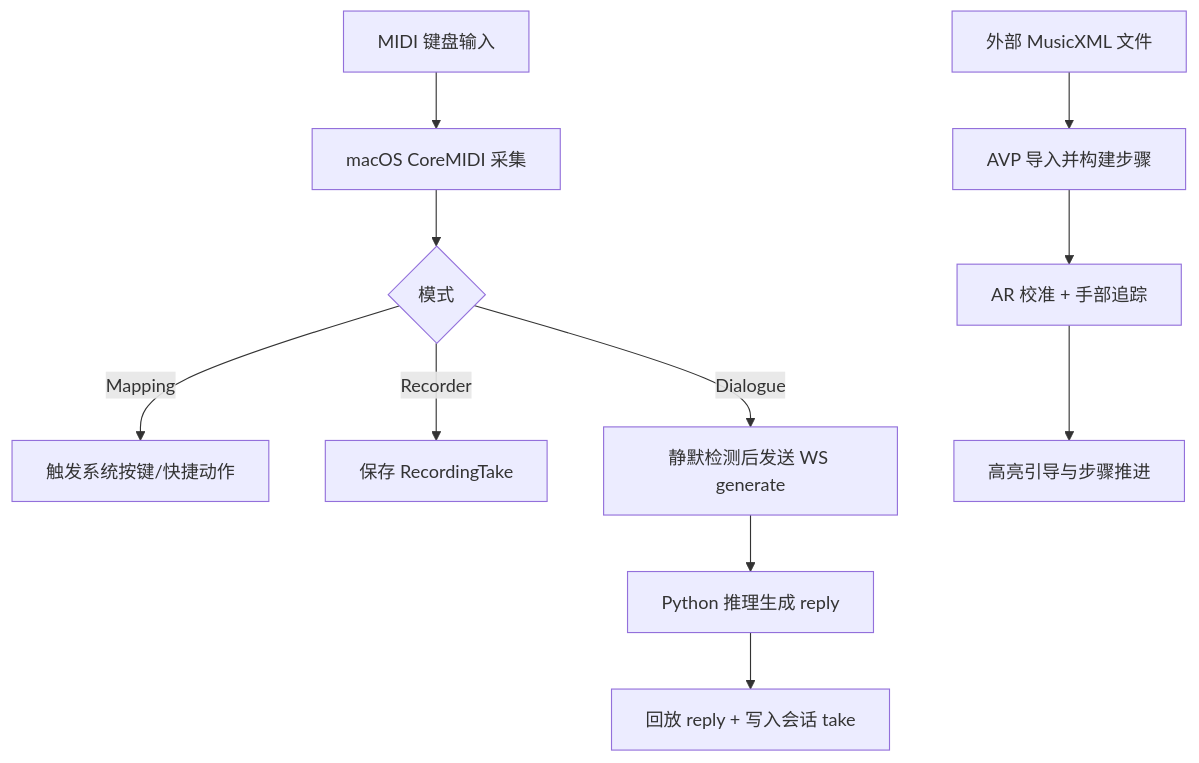
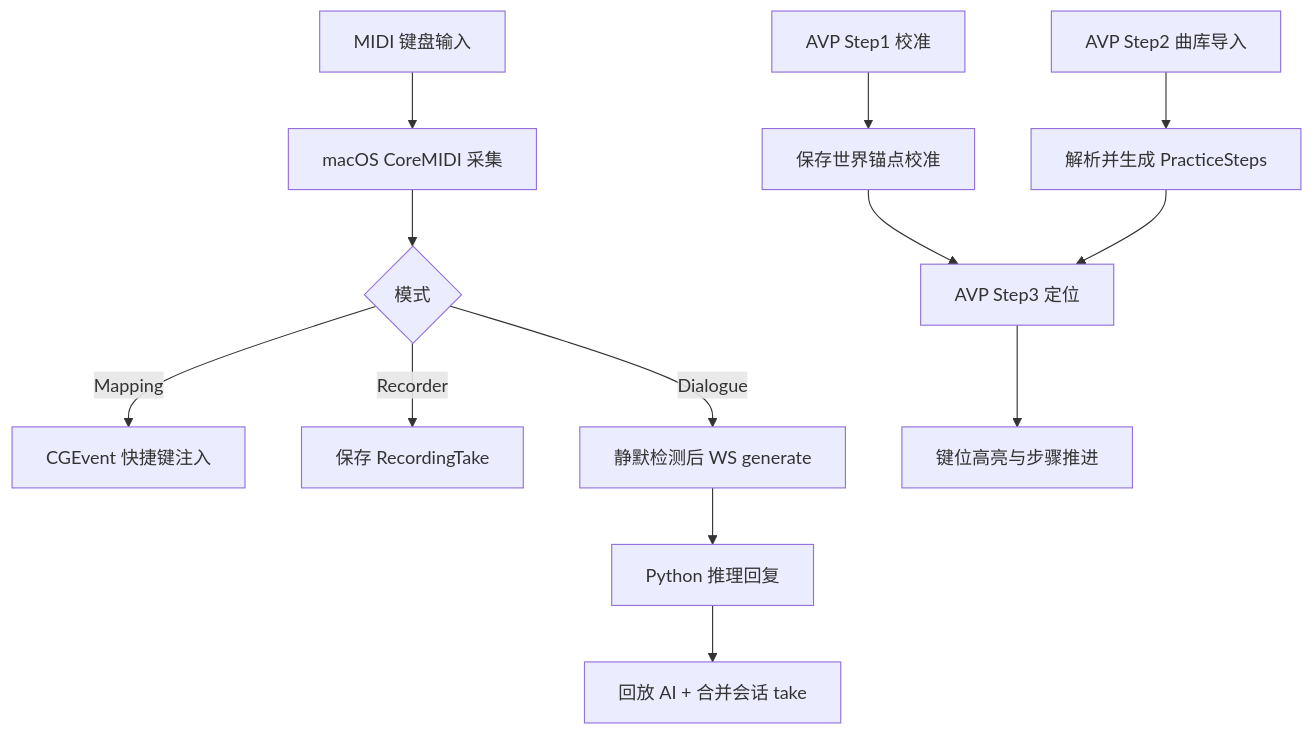
The diagram in .github/deepwiki/business-context.md (chiimagnus/HappyPianist), drawn with Mermaid before and after one commit. The commit also changed other lines of this file and 12 other files, not shown here.

````diff
--- a/.github/deepwiki/business-context.md
+++ b/.github/deepwiki/business-context.md
@@ -33,13 +39,16 @@
 ```mermaid
 flowchart TD
   A[MIDI 键盘输入] --> B[macOS CoreMIDI 采集]
   B --> C{模式}
-  C -->|Mapping| D[触发系统按键/快捷动作]
+  C -->|Mapping| D[CGEvent 快捷键注入]
   C -->|Recorder| E[保存 RecordingTake]
-  C -->|Dialogue| F[静默检测后发送 WS generate]
-  F --> G[Python 推理生成 reply]
-  G --> H[回放 reply + 写入会话 take]
-  I[外部 MusicXML 文件] --> J[AVP 导入并构建步骤]
-  J --> K[AR 校准 + 手部追踪]
-  K --> L[高亮引导与步骤推进]
+  C -->|Dialogue| F[静默检测后 WS generate]
+  F --> G[Python 推理回复]
+  G --> H[回放 AI + 合并会话 take]
+
+  I[AVP Step1 校准] --> J[保存世界锚点校准]
+  K[AVP Step2 曲库导入] --> L[解析并生成 PracticeSteps]
+  J --> M[AVP Step3 定位]
+  L --> M
+  M --> N[键位高亮与步骤推进]
 ```
````
